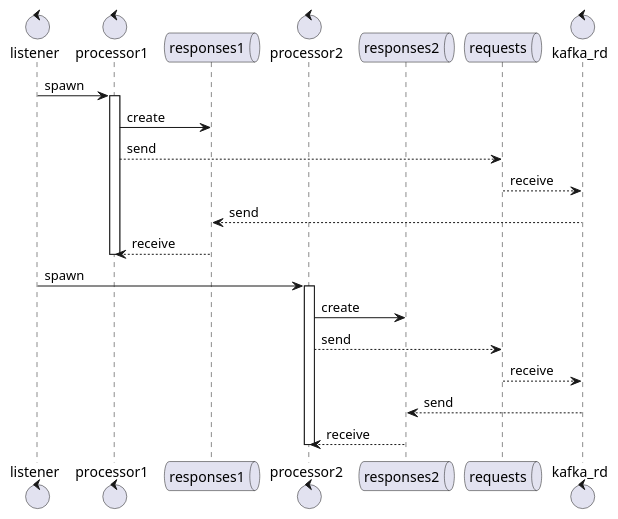
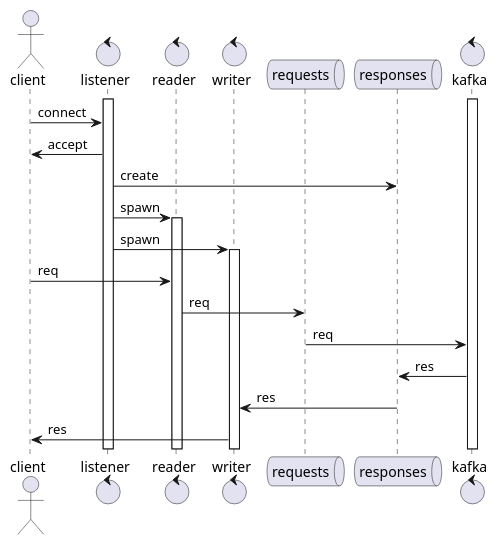
The diagram in jrpk.puml (devpts00/jrpk), drawn with PlantUML before and after one commit. The commit also changed 6 other files, not shown here.

```diff
--- a/jrpk.puml
+++ b/jrpk.puml
@@ -1,31 +1,30 @@
 @startuml
 
+actor client
 control listener
-control processor1
-queue responses1
+control reader
+control writer
+queue requests
+queue responses
+control kafka
 
-control processor2
-queue responses2
+activate kafka
+activate listener
 
-queue requests
-control kafka_rd
+client -> listener: connect
+client <- listener: accept
 
-listener -> processor1: spawn
-activate processor1
-processor1 -> responses1: create
-processor1 --> requests: send
-kafka_rd <-- requests: receive
-kafka_rd --> responses1: send
-processor1 <-- responses1: receive
-deactivate processor1
+listener -> responses: create
+listener -> reader: spawn
+activate reader
+listener -> writer: spawn
+activate writer
 
-listener -> processor2: spawn
-activate processor2
-processor2 -> responses2: create
-processor2 --> requests: send
-kafka_rd <-- requests: receive
-kafka_rd --> responses2: send
-processor2 <-- responses2: receive
-deactivate processor2
+client -> reader: req
+reader -> requests: req
+requests -> kafka: req
+responses <- kafka: res
+writer <- responses: res
+client <- writer: res
 
 @enduml
```
